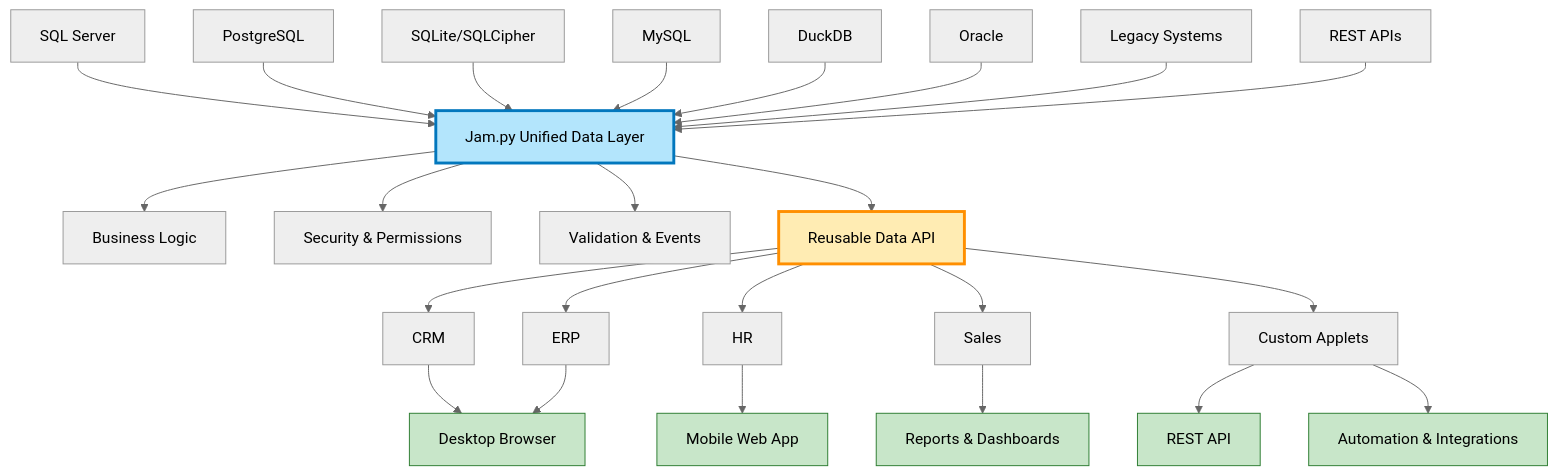
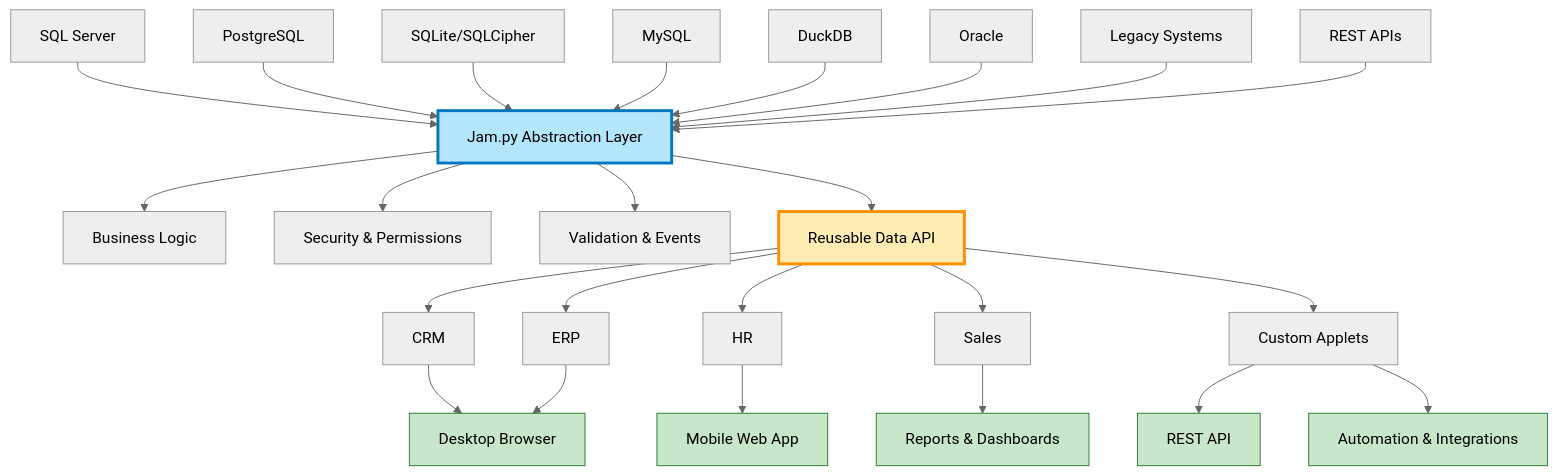
The diagram in README.md (Nurb4000/jam-py-v7), drawn with Mermaid (neutral theme) before and after one commit.

Commit message:
Rename 'Unified Data Layer' to 'Abstraction Layer'

````diff
--- a/README.md
+++ b/README.md
@@ -15,72 +15,72 @@
 ```mermaid
 flowchart TD
     %% Data sources
     A1[SQL Server]
     A2[PostgreSQL]
     A3[SQLite/SQLCipher]
     A4[MySQL]
     A5[DuckDB]
     A6[Oracle]
     A7[Legacy Systems]
     A8[REST APIs]
 
     %% Jam.py core
-    B[Jam.py Unified Data Layer]
+    B[Jam.py Abstraction Layer]
 
     %% Core services
     C1[Business Logic]
     C2[Security & Permissions]
     C3[Validation & Events]
     C4[Reusable Data API]
 
     %% Applications
     D1[CRM]
     D2[ERP]
     D3[HR]
     D4[Sales]
     D5[Custom Applets]
 
     %% Delivery channels
     E1[Desktop Browser]
     E2[Mobile Web App]
     E3[REST API]
     E4[Reports & Dashboards]
     E5[Automation & Integrations]
 
     %% Connections
     A1 --> B
     A2 --> B
     A3 --> B
     A4 --> B
     A5 --> B
     A6 --> B
     A7 --> B
     A8 --> B
 
     B --> C1
     B --> C2
     B --> C3
     B --> C4
 
     C4 --> D1
     C4 --> D2
     C4 --> D3
     C4 --> D4
     C4 --> D5
 
     D1 --> E1
     D2 --> E1
     D3 --> E2
     D4 --> E4
     D5 --> E3
     D5 --> E5
 
     %% Styling
     style B fill:#b3e5fc,stroke:#0277bd,stroke-width:3px
     style C4 fill:#ffecb3,stroke:#ff8f00,stroke-width:3px
     style E1 fill:#c8e6c9,stroke:#2e7d32
     style E2 fill:#c8e6c9,stroke:#2e7d32
     style E3 fill:#c8e6c9,stroke:#2e7d32
     style E4 fill:#c8e6c9,stroke:#2e7d32
     style E5 fill:#c8e6c9,stroke:#2e7d32
 ```
````
